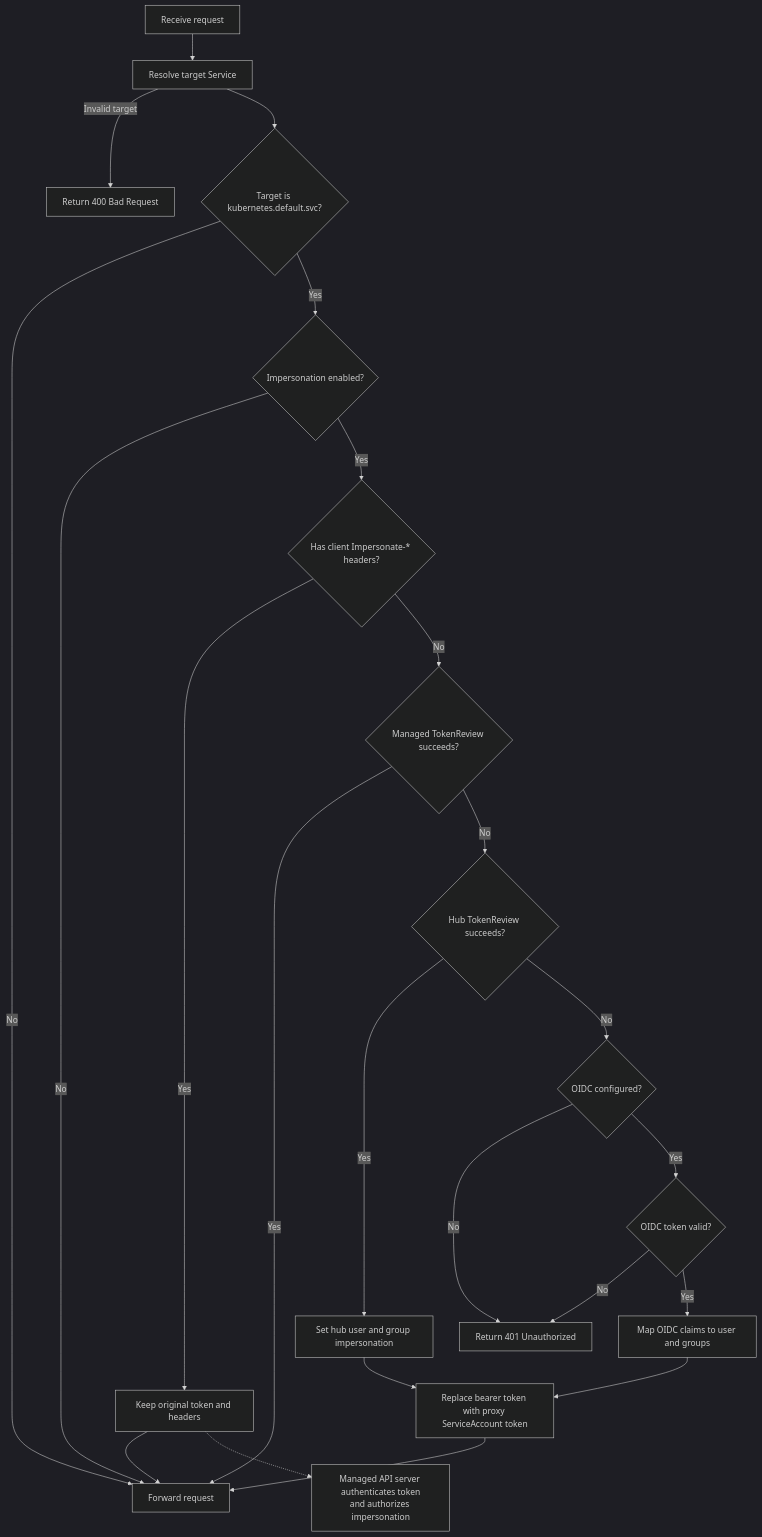
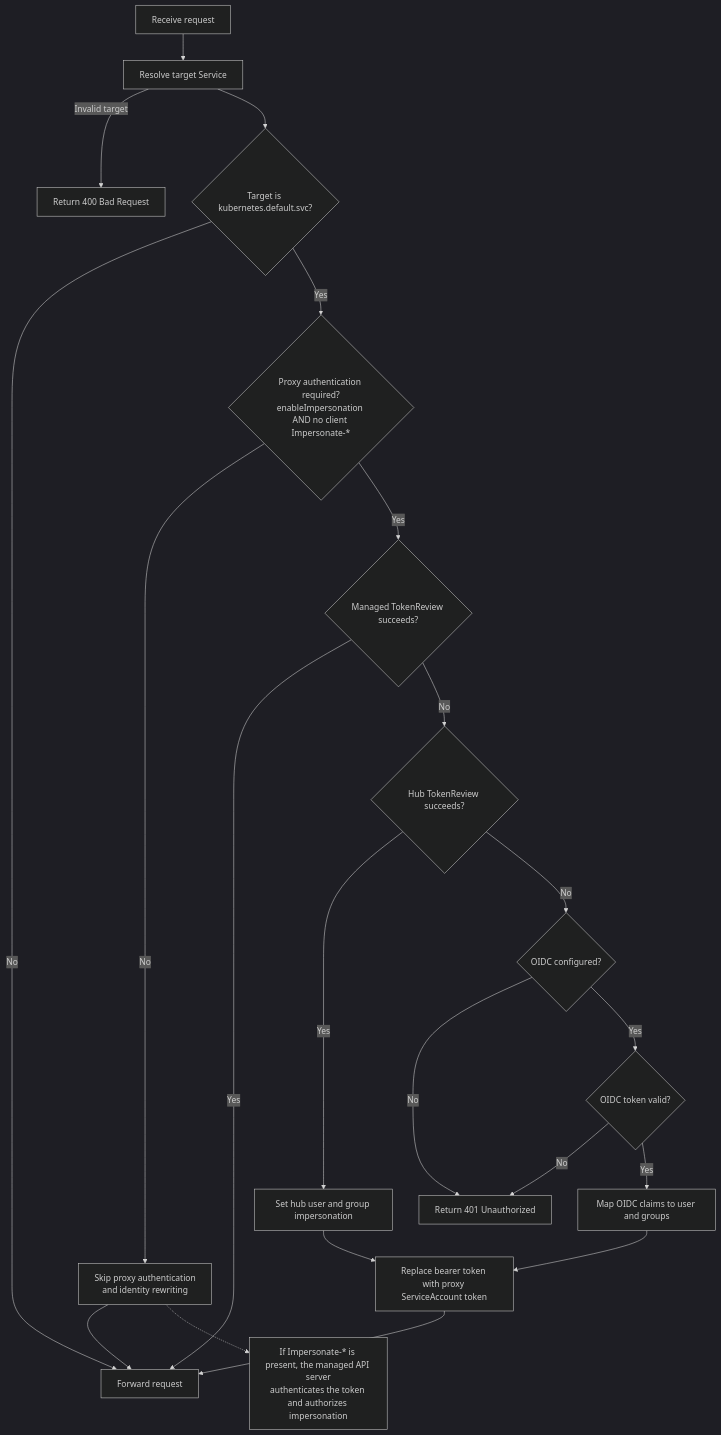
One commit to open-cluster-management-io/cluster-proxy changed the diagram in pkg/serviceproxy/readme.md. Above: the diagram before and after it, drawn with Mermaid (dark theme). The commit also changed 2 other files, not shown here.

Commit message:
Refine client impersonation authentication routing

````diff
--- a/pkg/serviceproxy/readme.md
+++ b/pkg/serviceproxy/readme.md
@@ -47,25 +47,23 @@
 ```mermaid
 flowchart TD
     A[Receive request] --> B[Resolve target Service]
     B -->|Invalid target| C[Return 400 Bad Request]
     B --> D{Target is kubernetes.default.svc?}
     D -->|No| P[Forward request]
-    D -->|Yes| E{Impersonation enabled?}
-    E -->|No| P
-    E -->|Yes| F{Has client Impersonate-* headers?}
-    F -->|Yes| Q[Keep original token and headers]
+    D -->|Yes| E{Proxy authentication required?<br/>enableImpersonation AND no client Impersonate-*}
+    E -->|No| Q[Skip proxy authentication<br/>and identity rewriting]
     Q --> P
-    Q -.-> R[Managed API server authenticates token<br/>and authorizes impersonation]
-    F -->|No| G{Managed TokenReview succeeds?}
+    Q -.-> R[If Impersonate-* is present, the managed API server<br/>authenticates the token and authorizes impersonation]
+    E -->|Yes| G{Managed TokenReview succeeds?}
     G -->|Yes| P
     G -->|No| H{Hub TokenReview succeeds?}
     H -->|Yes| I[Set hub user and group impersonation]
     H -->|No| J{OIDC configured?}
     J -->|No| U[Return 401 Unauthorized]
     J -->|Yes| K{OIDC token valid?}
     K -->|No| U
     K -->|Yes| L[Map OIDC claims to user and groups]
     I --> M[Replace bearer token with proxy ServiceAccount token]
     L --> M
     M --> P
 ```
````
